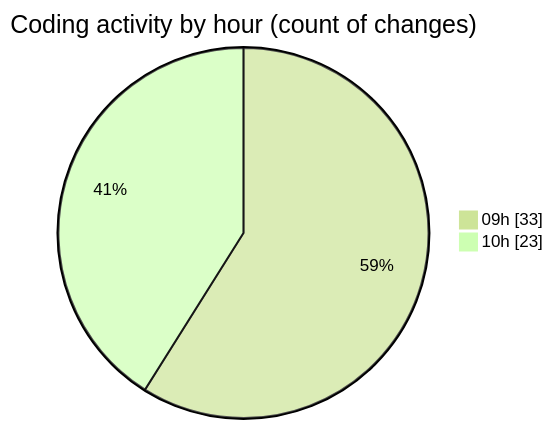
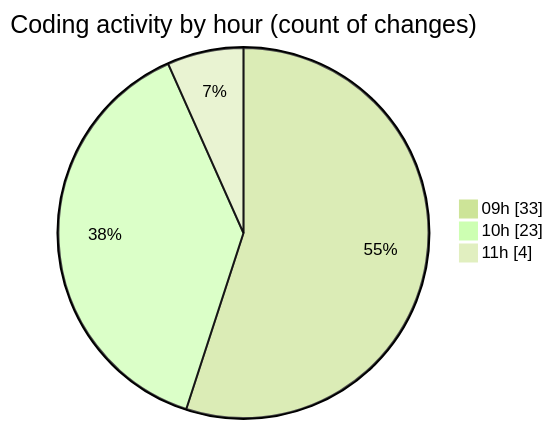
The second of 2 diagrams in 2025-05-20/ecodeli-1/README.md (CELIANVF/code-tracking), drawn with Mermaid (forest theme) before and after one commit. The commit also changed other lines of this file and 1 other file, not shown here.

````diff
--- a/2025-05-20/ecodeli-1/README.md
+++ b/2025-05-20/ecodeli-1/README.md
@@ -53,6 +54,7 @@
 ```mermaid
 pie showData
 title Coding activity by hour (count of changes)
 "09h" : 33
 "10h" : 23
+"11h" : 4
 ```
````
